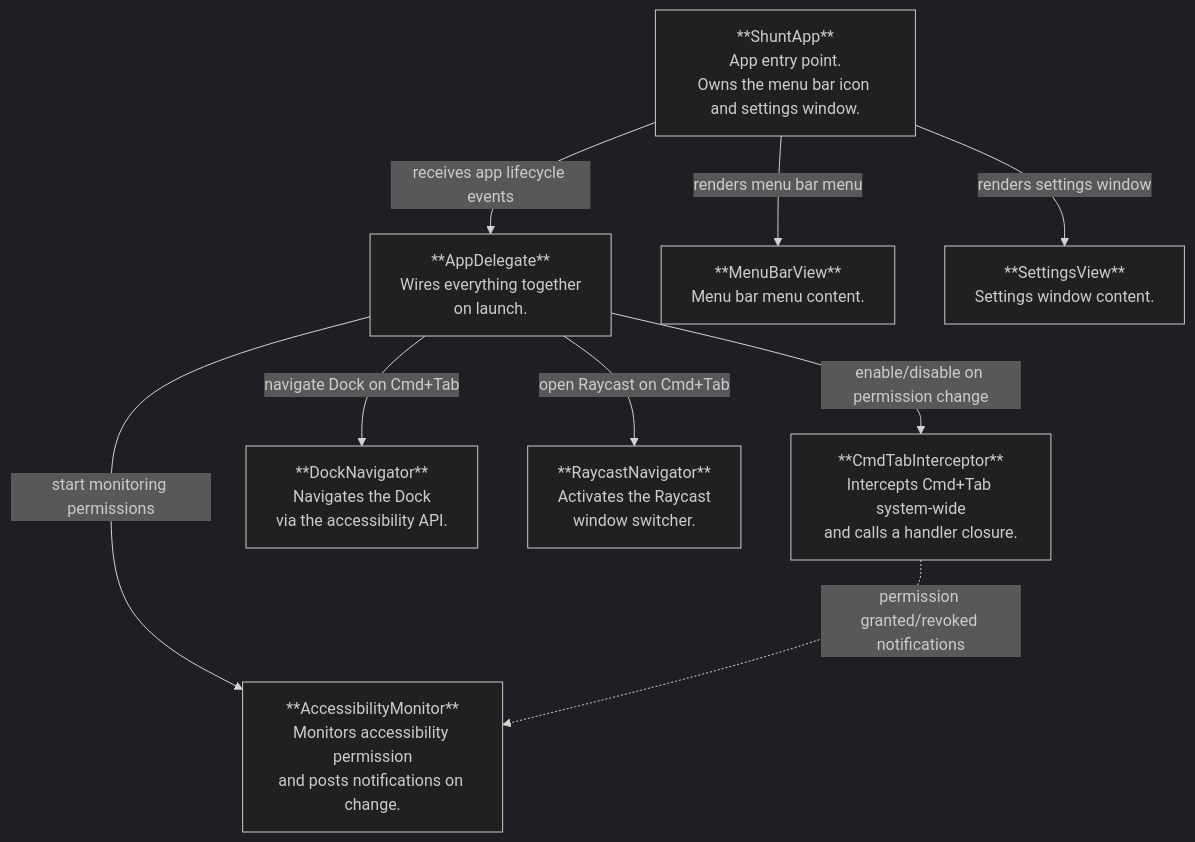
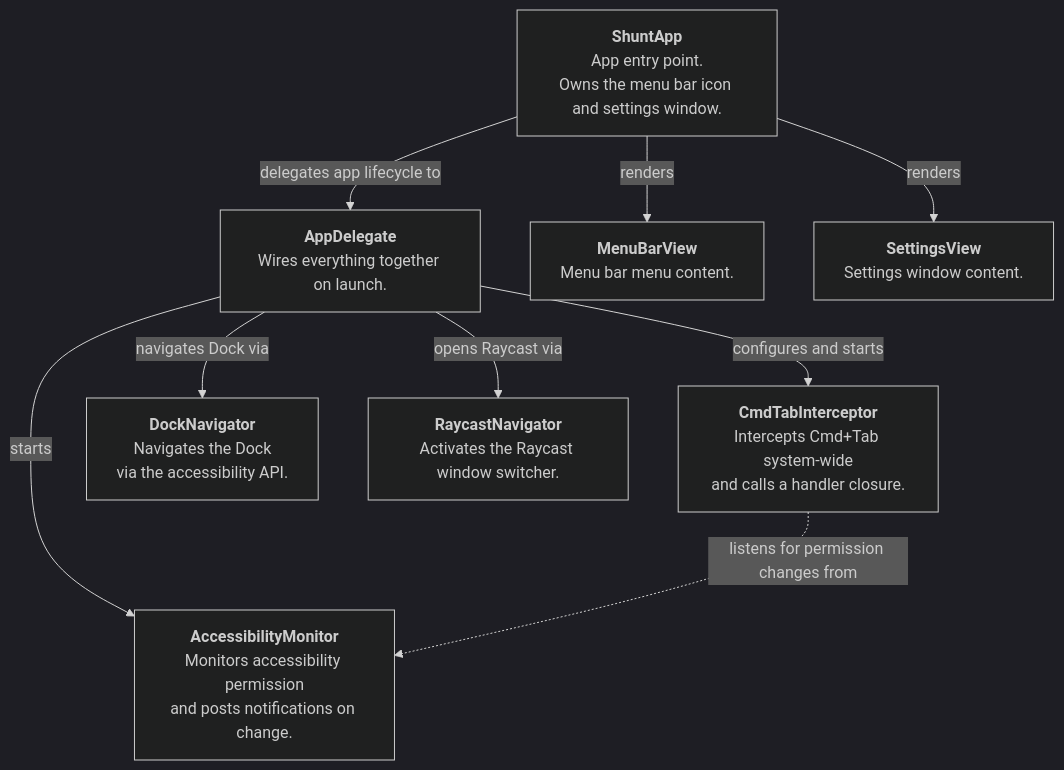
The diagram in ARCHITECTURE.md (notahat/Shunt), drawn with Mermaid (dark theme) before and after one commit.

Commit message:
Improve ARCHITECTURE.md diagram with C4-style labels and HTML bold

````diff
--- a/ARCHITECTURE.md
+++ b/ARCHITECTURE.md
@@ -5,22 +5,22 @@
 ```mermaid
 graph TD
-    ShuntApp["**ShuntApp**<br/>App entry point.<br/>Owns the menu bar icon and settings window."]
-    AppDelegate["**AppDelegate**<br/>Wires everything together<br/>on launch."]
-    MenuBarView["**MenuBarView**<br/>Menu bar menu content."]
-    SettingsView["**SettingsView**<br/>Settings window content."]
-    AccessibilityMonitor["**AccessibilityMonitor**<br/>Monitors accessibility permission<br/>and posts notifications on change."]
-    CmdTabInterceptor["**CmdTabInterceptor**<br/>Intercepts Cmd+Tab system-wide<br/>and calls a handler closure."]
-    DockNavigator["**DockNavigator**<br/>Navigates the Dock<br/>via the accessibility API."]
-    RaycastNavigator["**RaycastNavigator**<br/>Activates the Raycast<br/>window switcher."]
+    ShuntApp["<b>ShuntApp</b><br/>App entry point.<br/>Owns the menu bar icon and settings window."]
+    AppDelegate["<b>AppDelegate</b><br/>Wires everything together on launch."]
+    MenuBarView["<b>MenuBarView</b><br/>Menu bar menu content."]
+    SettingsView["<b>SettingsView</b><br/>Settings window content."]
+    AccessibilityMonitor["<b>AccessibilityMonitor</b><br/>Monitors accessibility permission<br/>and posts notifications on change."]
+    CmdTabInterceptor["<b>CmdTabInterceptor</b><br/>Intercepts Cmd+Tab system-wide<br/>and calls a handler closure."]
+    DockNavigator["<b>DockNavigator</b><br/>Navigates the Dock<br/>via the accessibility API."]
+    RaycastNavigator["<b>RaycastNavigator</b><br/>Activates the Raycast window switcher."]
 
-    ShuntApp -->|"receives app lifecycle events"| AppDelegate
-    ShuntApp -->|"renders menu bar menu"| MenuBarView
-    ShuntApp -->|"renders settings window"| SettingsView
+    ShuntApp -->|"delegates app lifecycle to"| AppDelegate
+    ShuntApp -->|"renders"| MenuBarView
+    ShuntApp -->|"renders"| SettingsView
 
-    AppDelegate -->|"enable/disable on permission change"| CmdTabInterceptor
-    AppDelegate -->|"start monitoring permissions"| AccessibilityMonitor
-    AppDelegate -->|"navigate Dock on Cmd+Tab"| DockNavigator
-    AppDelegate -->|"open Raycast on Cmd+Tab"| RaycastNavigator
+    AppDelegate -->|"starts"| AccessibilityMonitor
+    AppDelegate -->|"configures and starts"| CmdTabInterceptor
+    AppDelegate -->|"navigates Dock via"| DockNavigator
+    AppDelegate -->|"opens Raycast via"| RaycastNavigator
 
-    CmdTabInterceptor -.->|"permission granted/revoked notifications"| AccessibilityMonitor
+    CmdTabInterceptor -.->|"listens for permission changes from"| AccessibilityMonitor
 ```
````
